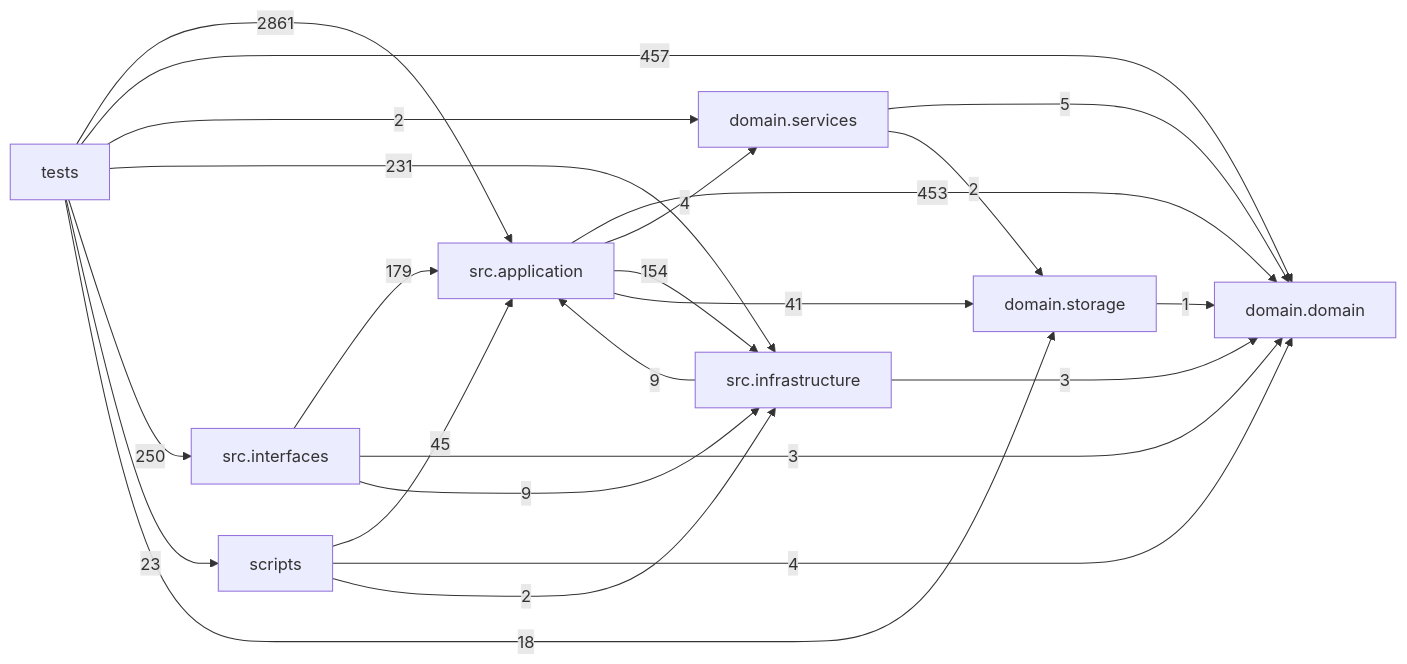
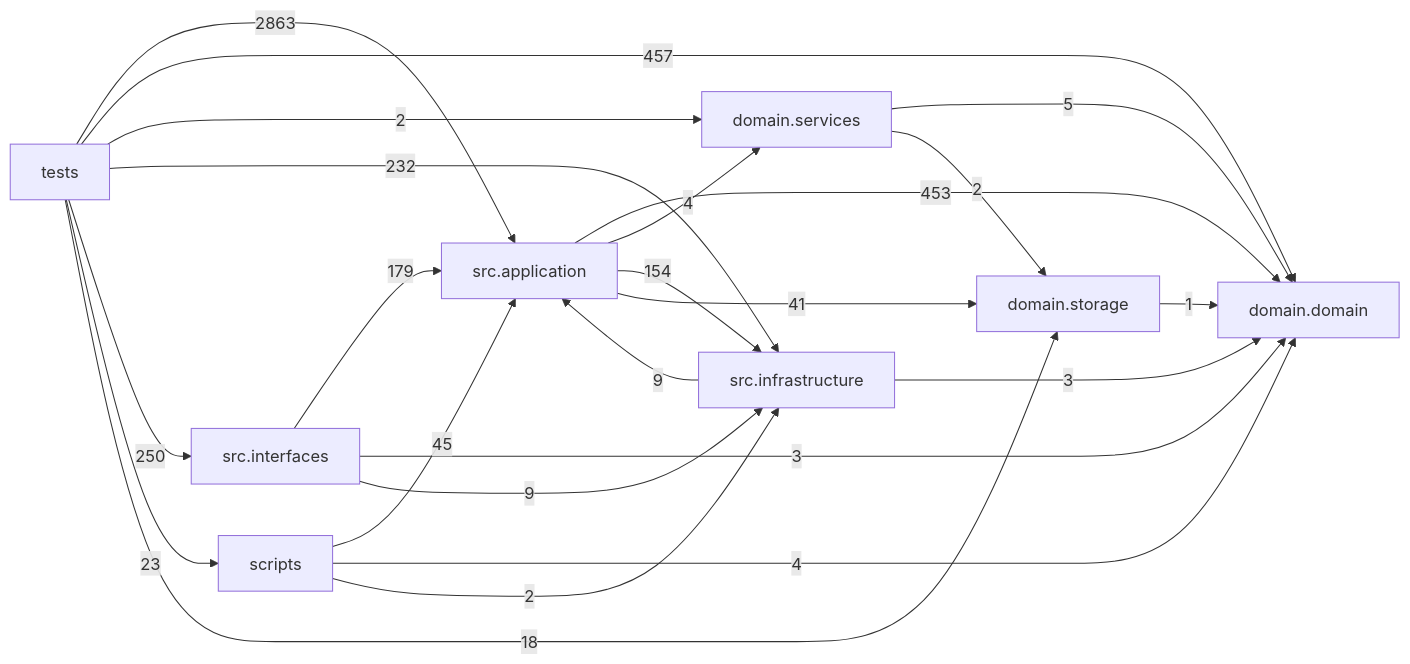
One commit to liuxie066/options-monitor changed the diagram in docs/DEPENDENCY_GRAPH.md. Above: the diagram before and after it, drawn with Mermaid. The commit also changed other lines of this file, not shown here.

Commit message:
docs(architecture): refresh dependency graph

````diff
--- a/docs/DEPENDENCY_GRAPH.md
+++ b/docs/DEPENDENCY_GRAPH.md
@@ -24,33 +24,33 @@
 ```mermaid
 flowchart LR
   tests["tests"]
   scripts["scripts"]
   interfaces["src.interfaces"]
   application["src.application"]
   infrastructure["src.infrastructure"]
   domain_services["domain.services"]
   domain["domain.domain"]
   storage["domain.storage"]
   application -->|453| domain
   application -->|4| domain_services
   application -->|154| infrastructure
   application -->|41| storage
   domain_services -->|5| domain
   domain_services -->|2| storage
   infrastructure -->|9| application
   infrastructure -->|3| domain
   interfaces -->|179| application
   interfaces -->|3| domain
   interfaces -->|9| infrastructure
   scripts -->|45| application
   scripts -->|4| domain
   scripts -->|2| infrastructure
   storage -->|1| domain
-  tests -->|2861| application
+  tests -->|2863| application
   tests -->|457| domain
   tests -->|2| domain_services
-  tests -->|231| infrastructure
+  tests -->|232| infrastructure
   tests -->|250| interfaces
   tests -->|23| scripts
   tests -->|18| storage
 ```
````
